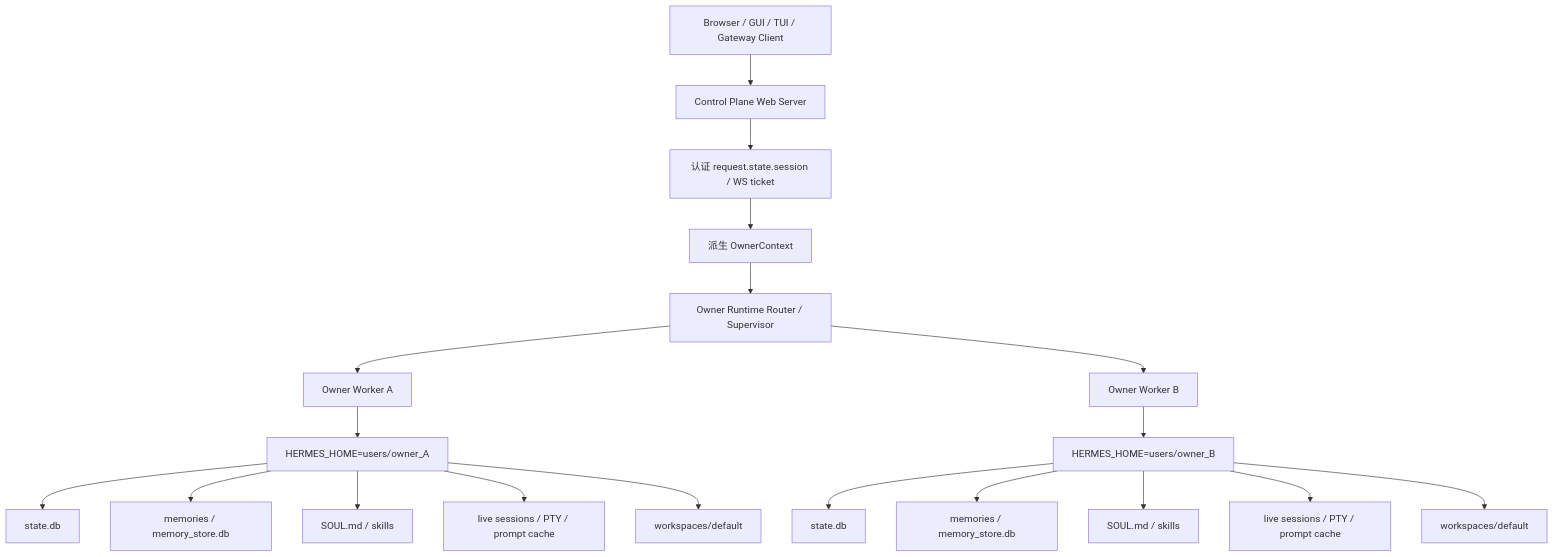
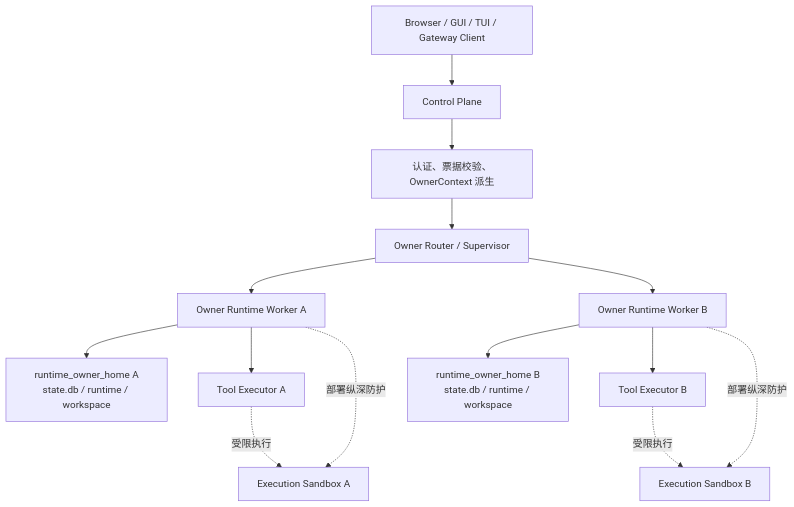
The diagram in docs/plans/2026-07-07-multi-user-isolation-plan.md (younong/hermescopy), drawn with Mermaid before and after one commit. The commit also changed other lines of this file and 53 other files, not shown here.

Commit message:
Implement owner runtime isolation

````diff
--- a/docs/plans/2026-07-07-multi-user-isolation-plan.md
+++ b/docs/plans/2026-07-07-multi-user-isolation-plan.md
@@ -110,25 +115,16 @@
 ```mermaid
 flowchart TD
-    Client[Browser / GUI / TUI / Gateway Client] --> CP[Control Plane Web Server]
-
-    CP --> Auth[认证 request.state.session / WS ticket]
-    Auth --> Owner[派生 OwnerContext]
-    Owner --> Router[Owner Runtime Router / Supervisor]
-
-    Router --> WA[Owner Worker A]
-    Router --> WB[Owner Worker B]
-
-    WA --> HA[HERMES_HOME=users/owner_A]
-    HA --> DBA[state.db]
-    HA --> MA[memories / memory_store.db]
-    HA --> SA[SOUL.md / skills]
-    HA --> LA[live sessions / PTY / prompt cache]
-    HA --> WSA[workspaces/default]
-
-    WB --> HB[HERMES_HOME=users/owner_B]
-    HB --> DBB[state.db]
-    HB --> MB[memories / memory_store.db]
-    HB --> SB[SOUL.md / skills]
-    HB --> LB[live sessions / PTY / prompt cache]
-    HB --> WSB[workspaces/default]
+    C[Browser / GUI / TUI / Gateway Client] --> CP[Control Plane]
+    CP --> A[认证、票据校验、OwnerContext 派生]
+    A --> R[Owner Router / Supervisor]
+    R --> WA[Owner Runtime Worker A]
+    R --> WB[Owner Runtime Worker B]
+    WA --> HA[runtime_owner_home A\nstate.db / runtime / workspace]
+    WB --> HB[runtime_owner_home B\nstate.db / runtime / workspace]
+    WA --> EA[Tool Executor A]
+    WB --> EB[Tool Executor B]
+    WA -.部署纵深防护.-> SA[Execution Sandbox A]
+    WB -.部署纵深防护.-> SB[Execution Sandbox B]
+    EA -.受限执行.-> SA
+    EB -.受限执行.-> SB
 ```
````
